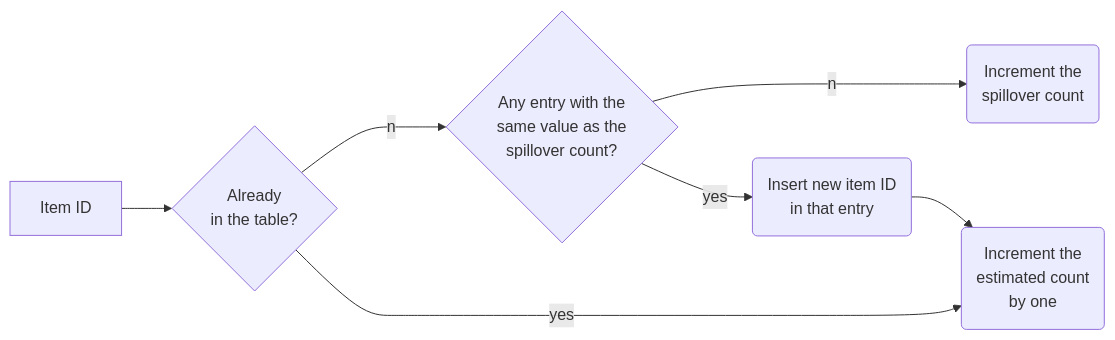
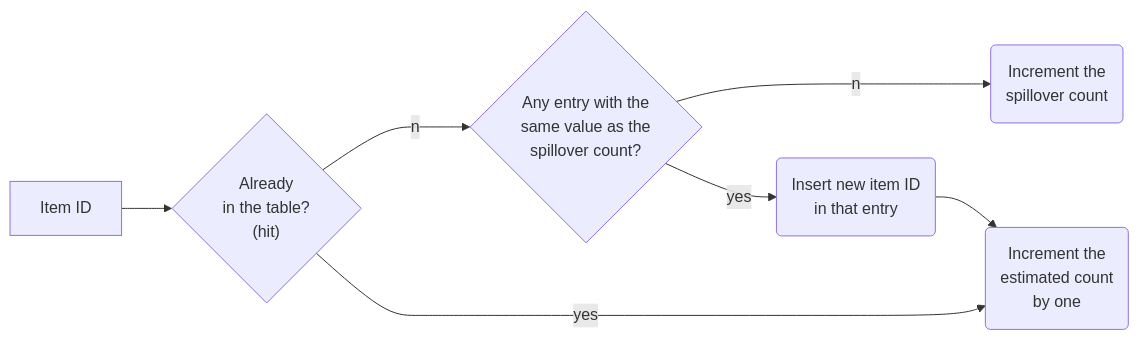
The diagram in Paper Review/MICRO__2020__Graphene-Strong-yet-Lightweight-Row-Hammer-Protection.md (MekAkUActOR/RowHammer), drawn with Mermaid before and after one commit. The commit also changed 1 other file, not shown here.

````diff
--- a/Paper Review/MICRO__2020__Graphene-Strong-yet-Lightweight-Row-Hammer-Protection.md
+++ b/Paper Review/MICRO__2020__Graphene-Strong-yet-Lightweight-Row-Hammer-Protection.md
@@ -44,9 +44,9 @@
 ```mermaid
 graph LR
-A[Item ID] --> B{Already<br> in the table?}
+A[Item ID] --> B{"Already<br> in the table? <br>  (hit)"}
 B --no--> C{Any entry with the<br> same value as the<br> spillover count?}
 C --no--> D(Increment the<br> spillover count)
 B --yes--> G(Increment the<br> estimated count<br> by one)
 C --yes--> E(Insert new item ID<br> in that entry)
 E --> G
 ```
````
